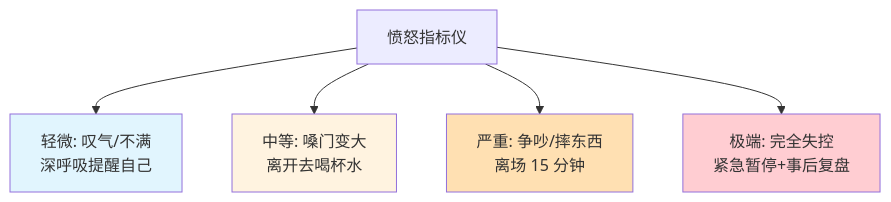
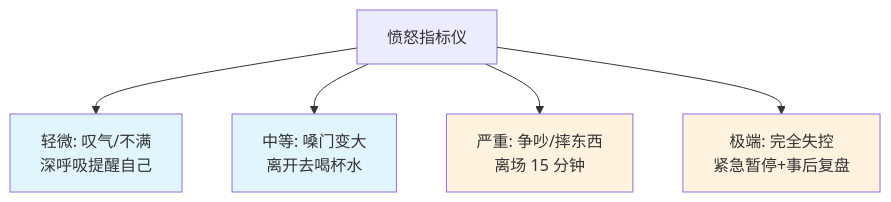
One commit to chongyang211/YCBookBlog changed the fifth of 11 diagrams in packages/website/11.书籍/06.自我精进·立言/15.情商能力的学习.md. Above: the diagram before and after it, drawn with Mermaid. The commit also changed other lines of this file and 3 other files, not shown here.

````diff
--- a/packages/website/11.书籍/06.自我精进·立言/15.情商能力的学习.md
+++ b/packages/website/11.书籍/06.自我精进·立言/15.情商能力的学习.md
@@ -171,11 +195,11 @@
 ```mermaid
 graph TD
     A[愤怒指标仪] --> B[轻微: 叹气/不满<br/>深呼吸提醒自己]
     A --> C[中等: 嗓门变大<br/>离开去喝杯水]
     A --> D[严重: 争吵/摔东西<br/>离场 15 分钟]
     A --> E[极端: 完全失控<br/>紧急暂停+事后复盘]
     style B fill:#e1f5fe
-    style C fill:#fff3e0
-    style D fill:#ffe0b2
-    style E fill:#ffcdd2
+    style C fill:#e1f5fe
+    style D fill:#fff3e0
+    style E fill:#fff3e0
 ```
````
